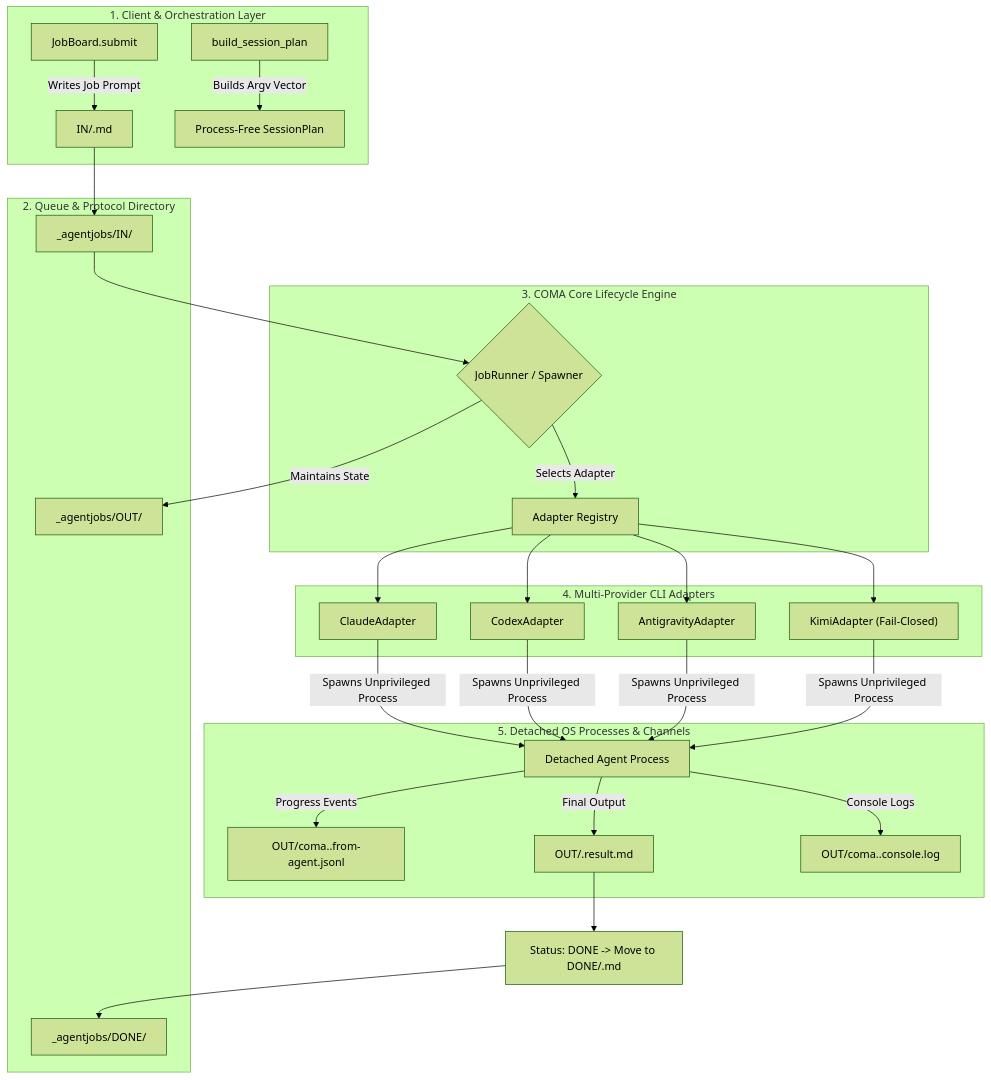
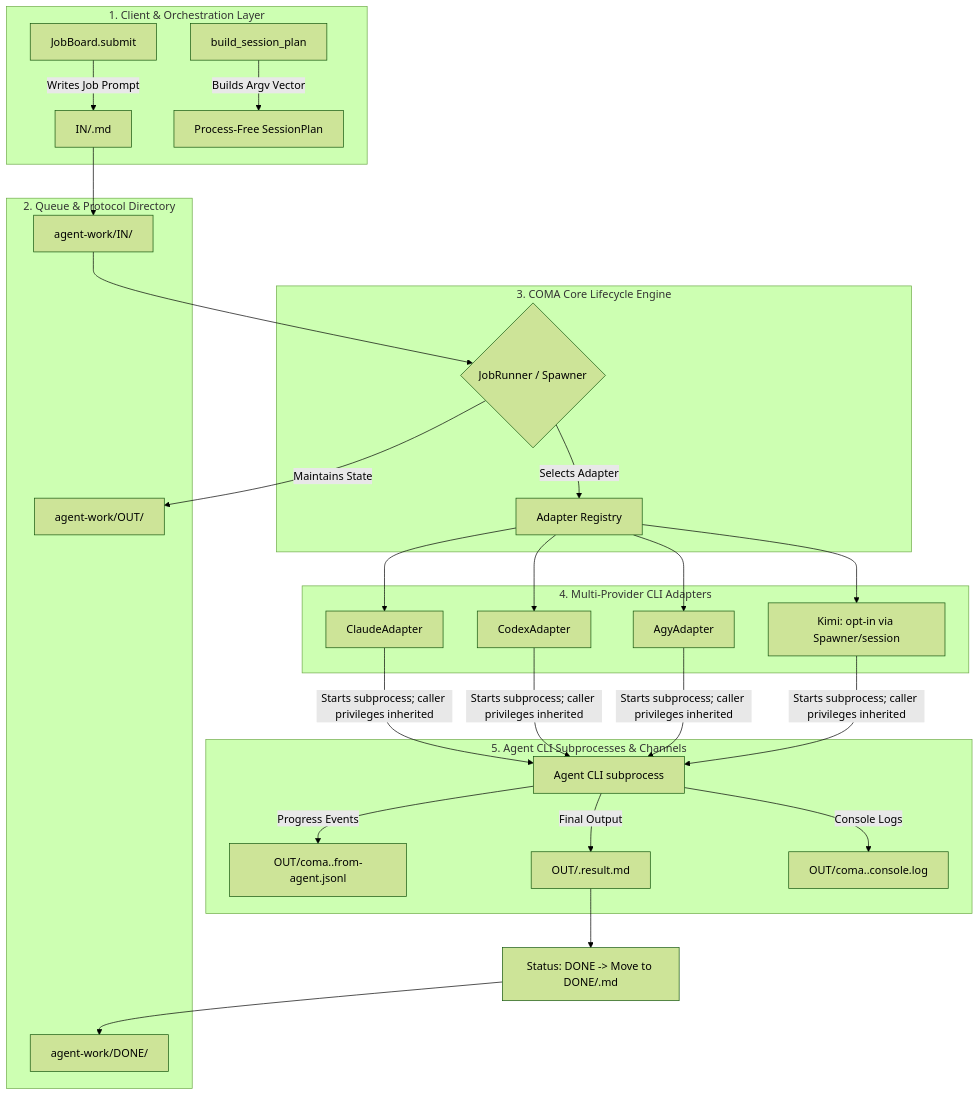
One commit to ellmos-ai/coma changed the first of 2 diagrams in README.md. Above: the diagram before and after it, drawn with Mermaid (forest theme). The commit also changed other lines of this file and 21 other files, not shown here.

````diff
--- a/README.md
+++ b/README.md
@@ -350,36 +287,36 @@
 ```mermaid
 flowchart TD
     subgraph Layer1 ["1. Client & Orchestration Layer"]
         A1["JobBoard.submit"] -->|"Writes Job Prompt"| B1["IN/<jobid>.md"]
         A2["build_session_plan"] -->|"Builds Argv Vector"| B2["Process-Free SessionPlan"]
     end
 
     subgraph Layer2 ["2. Queue & Protocol Directory"]
-        B1 --> C1["_agentjobs/IN/"]
-        C2["_agentjobs/OUT/"]
-        C3["_agentjobs/DONE/"]
+        B1 --> C1["agent-work/IN/"]
+        C2["agent-work/OUT/"]
+        C3["agent-work/DONE/"]
     end
 
     subgraph Layer3 ["3. COMA Core Lifecycle Engine"]
         C1 --> D1{"JobRunner / Spawner"}
         D1 -->|"Selects Adapter"| D2["Adapter Registry"]
         D1 -->|"Maintains State"| C2
     end
 
     subgraph Layer4 ["4. Multi-Provider CLI Adapters"]
         D2 --> E1["ClaudeAdapter"]
         D2 --> E2["CodexAdapter"]
-        D2 --> E3["AntigravityAdapter"]
-        D2 --> E4["KimiAdapter (Fail-Closed)"]
+        D2 --> E3["AgyAdapter"]
+        D2 --> E4["Kimi: opt-in via Spawner/session"]
     end
 
-    subgraph Layer5 ["5. Detached OS Processes & Channels"]
-        E1 & E2 & E3 & E4 -->|"Spawns Unprivileged Process"| F1["Detached Agent Process"]
+    subgraph Layer5 ["5. Agent CLI Subprocesses & Channels"]
+        E1 & E2 & E3 & E4 -->|"Starts subprocess; caller privileges inherited"| F1["Agent CLI subprocess"]
         F1 -->|"Progress Events"| G1["OUT/coma.<jobid>.from-agent.jsonl"]
         F1 -->|"Final Output"| G2["OUT/<jobid>.result.md"]
         F1 -->|"Console Logs"| G3["OUT/coma.<jobid>.console.log"]
     end
 
     G2 --> H1["Status: DONE -> Move to DONE/<jobid>.md"]
     H1 --> C3
 ```
````
